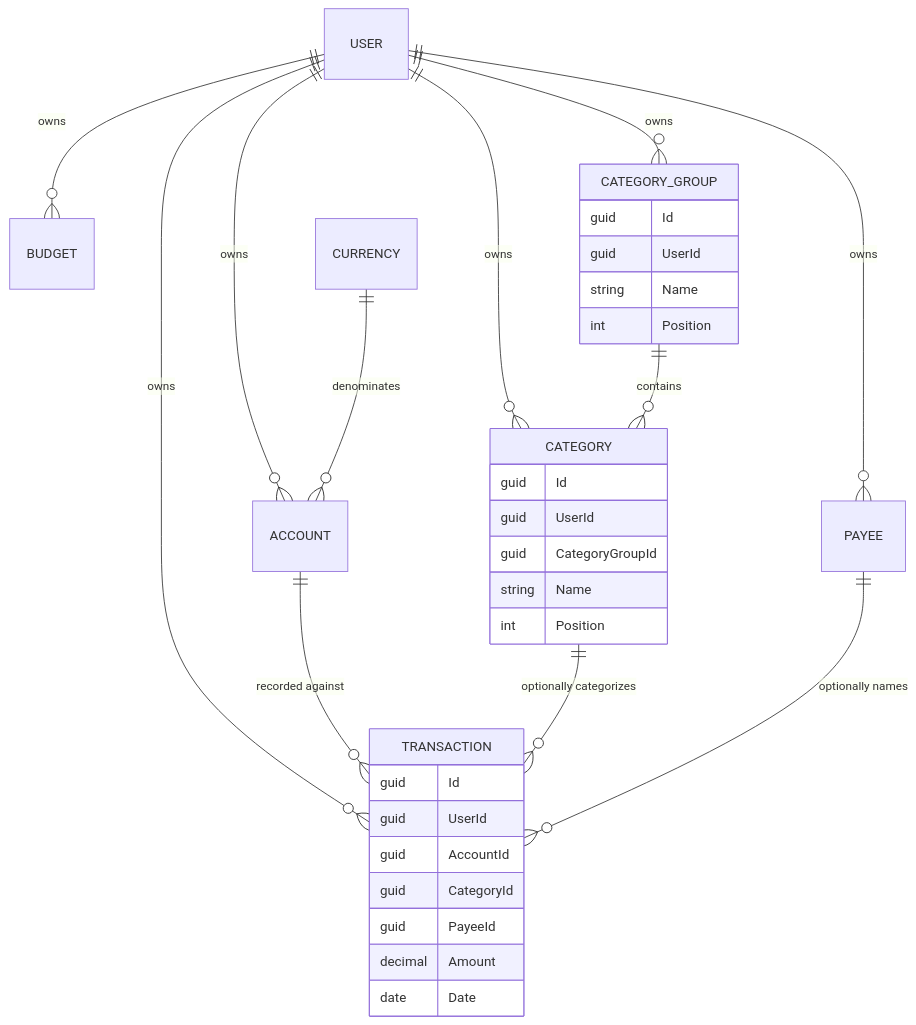
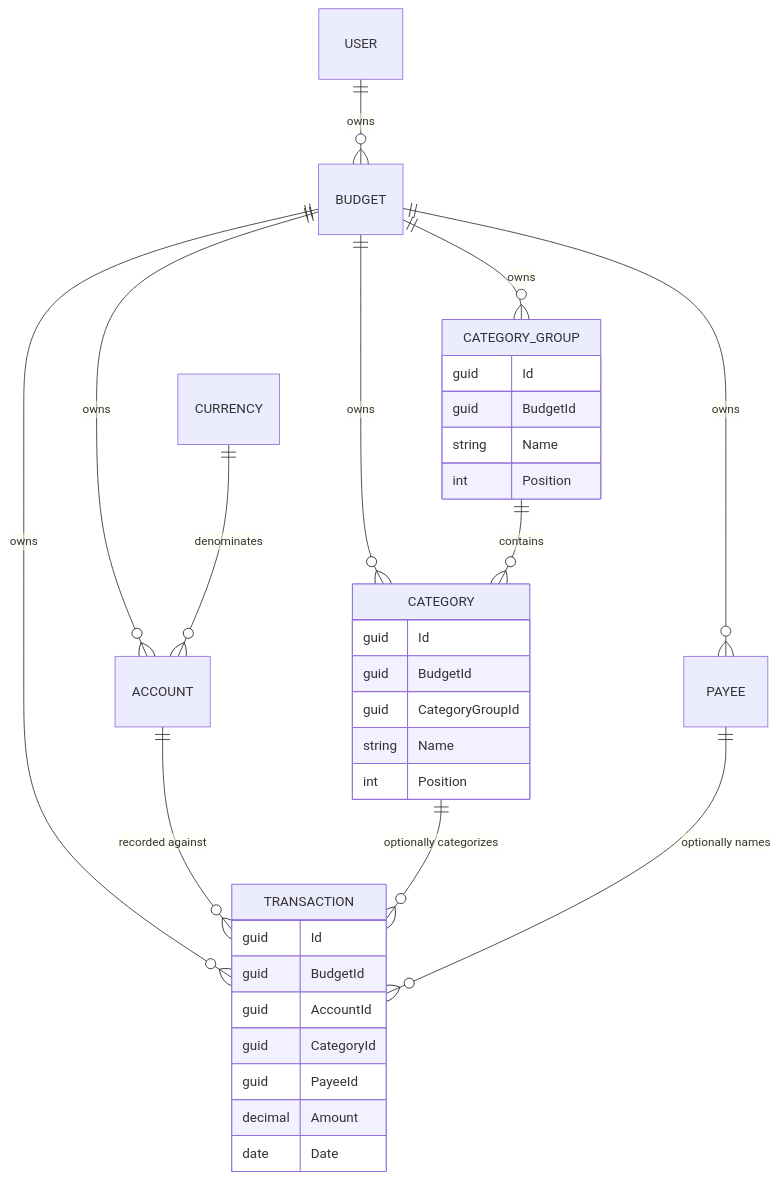
Before and after one commit to anton-kochev/budgetoid: the diagram in docs/business-logic/_overview.md, drawn with Mermaid. The commit also changed other lines of this file and 63 other files, not shown here.

First line of the commit message:
feat: scope ownership to a budget instead of a user

````diff
--- a/docs/business-logic/_overview.md
+++ b/docs/business-logic/_overview.md
@@ -45,37 +49,37 @@
 ```mermaid
 erDiagram
     USER ||--o{ BUDGET : owns
-    USER ||--o{ ACCOUNT : owns
-    USER ||--o{ CATEGORY_GROUP : owns
-    USER ||--o{ CATEGORY : owns
-    USER ||--o{ PAYEE : owns
-    USER ||--o{ TRANSACTION : owns
+    BUDGET ||--o{ ACCOUNT : owns
+    BUDGET ||--o{ CATEGORY_GROUP : owns
+    BUDGET ||--o{ CATEGORY : owns
+    BUDGET ||--o{ PAYEE : owns
+    BUDGET ||--o{ TRANSACTION : owns
     ACCOUNT ||--o{ TRANSACTION : "recorded against"
     CATEGORY_GROUP ||--o{ CATEGORY : contains
     CATEGORY ||--o{ TRANSACTION : "optionally categorizes"
     PAYEE ||--o{ TRANSACTION : "optionally names"
     CURRENCY ||--o{ ACCOUNT : denominates
 
     TRANSACTION {
         guid Id
-        guid UserId
+        guid BudgetId
         guid AccountId
         guid CategoryId
         guid PayeeId
         decimal Amount
         date Date
     }
     CATEGORY_GROUP {
         guid Id
-        guid UserId
+        guid BudgetId
         string Name
         int Position
     }
     CATEGORY {
         guid Id
-        guid UserId
+        guid BudgetId
         guid CategoryGroupId
         string Name
         int Position
     }
 ```
````
